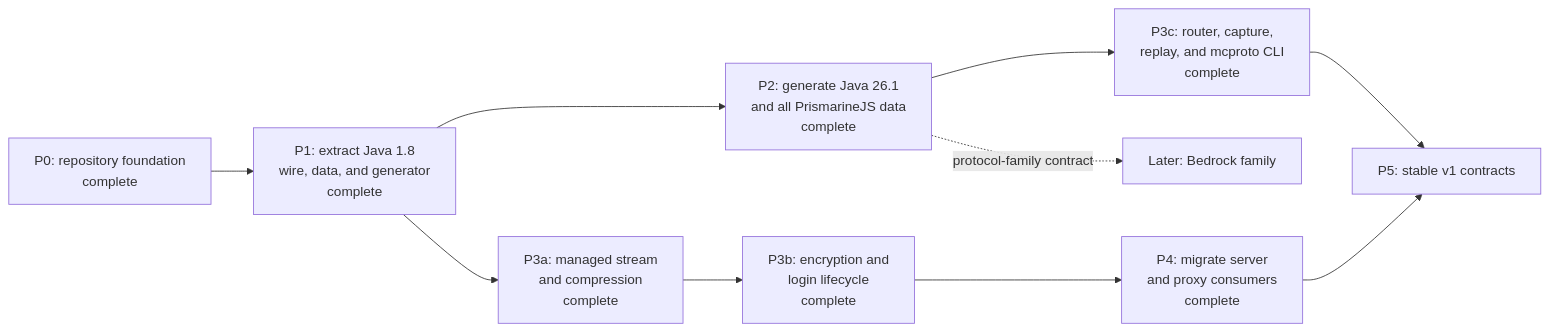
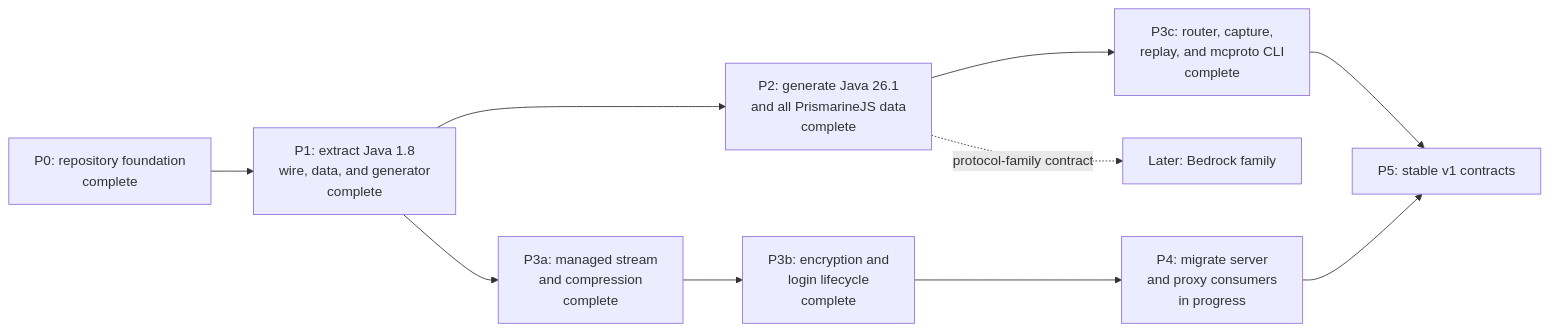
One commit to go-theft-craft/minecraft-protocol changed the diagram in ROADMAP.md. Above: the diagram before and after it, drawn with Mermaid. The commit also changed other lines of this file, not shown here.

First line of the commit message:
docs(roadmap): P4 is uptake now, not migration

````diff
--- a/ROADMAP.md
+++ b/ROADMAP.md
@@ -5,22 +5,22 @@
 ```mermaid
 flowchart LR
     P0["P0: repository foundation<br/>complete"]
     P1["P1: extract Java 1.8<br/>wire, data, and generator<br/>complete"]
     P2["P2: generate Java 26.1<br/>and all PrismarineJS data<br/>complete"]
     P3a["P3a: managed stream<br/>and compression<br/>complete"]
     P3b["P3b: encryption and<br/>login lifecycle<br/>complete"]
     P3c["P3c: router, capture,<br/>replay, and mcproto CLI<br/>complete"]
-    P4["P4: migrate server<br/>and proxy consumers<br/>complete"]
+    P4["P4: migrate server<br/>and proxy consumers<br/>in progress"]
     P5["P5: stable v1 contracts"]
     PX["Later: Bedrock family"]
 
     P0 --> P1
     P1 --> P2
     P1 --> P3a
     P3a --> P3b
     P3b --> P4
     P2 --> P3c
     P3c --> P5
     P4 --> P5
     P2 -. protocol-family contract .-> PX
 ```
````
